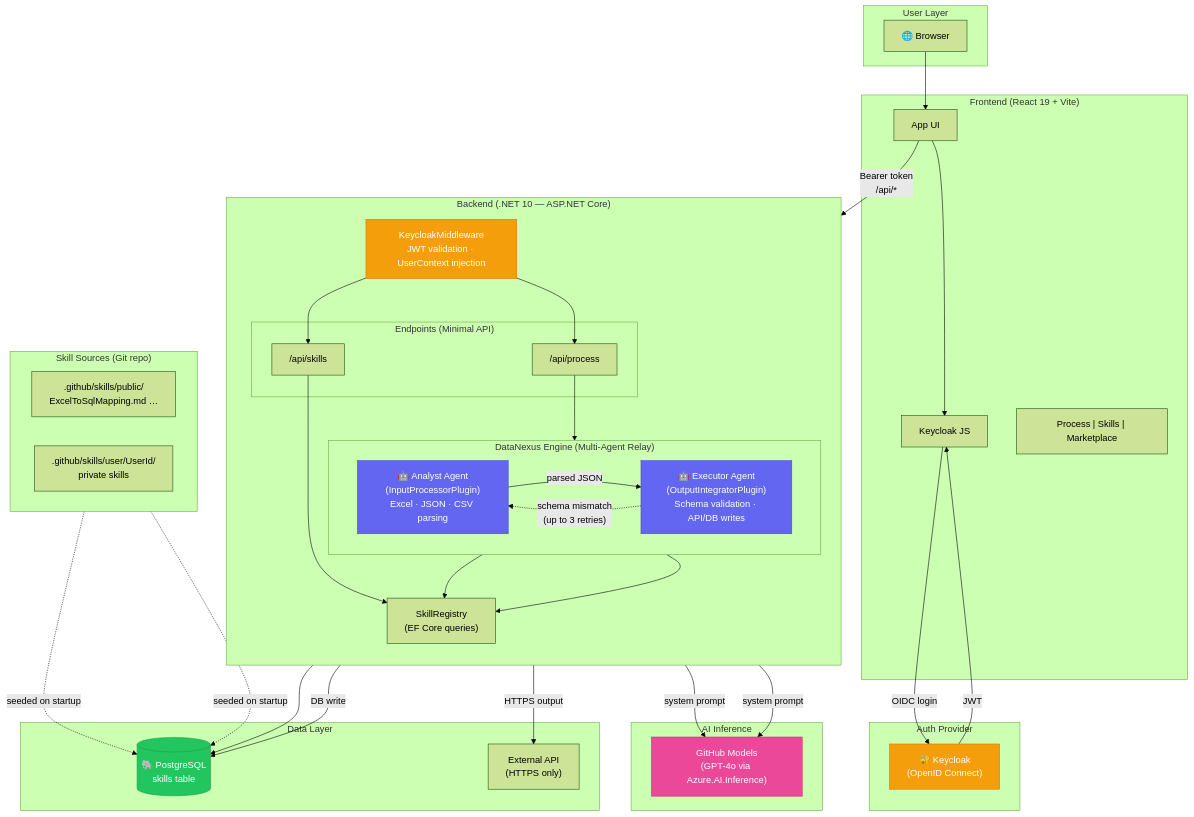
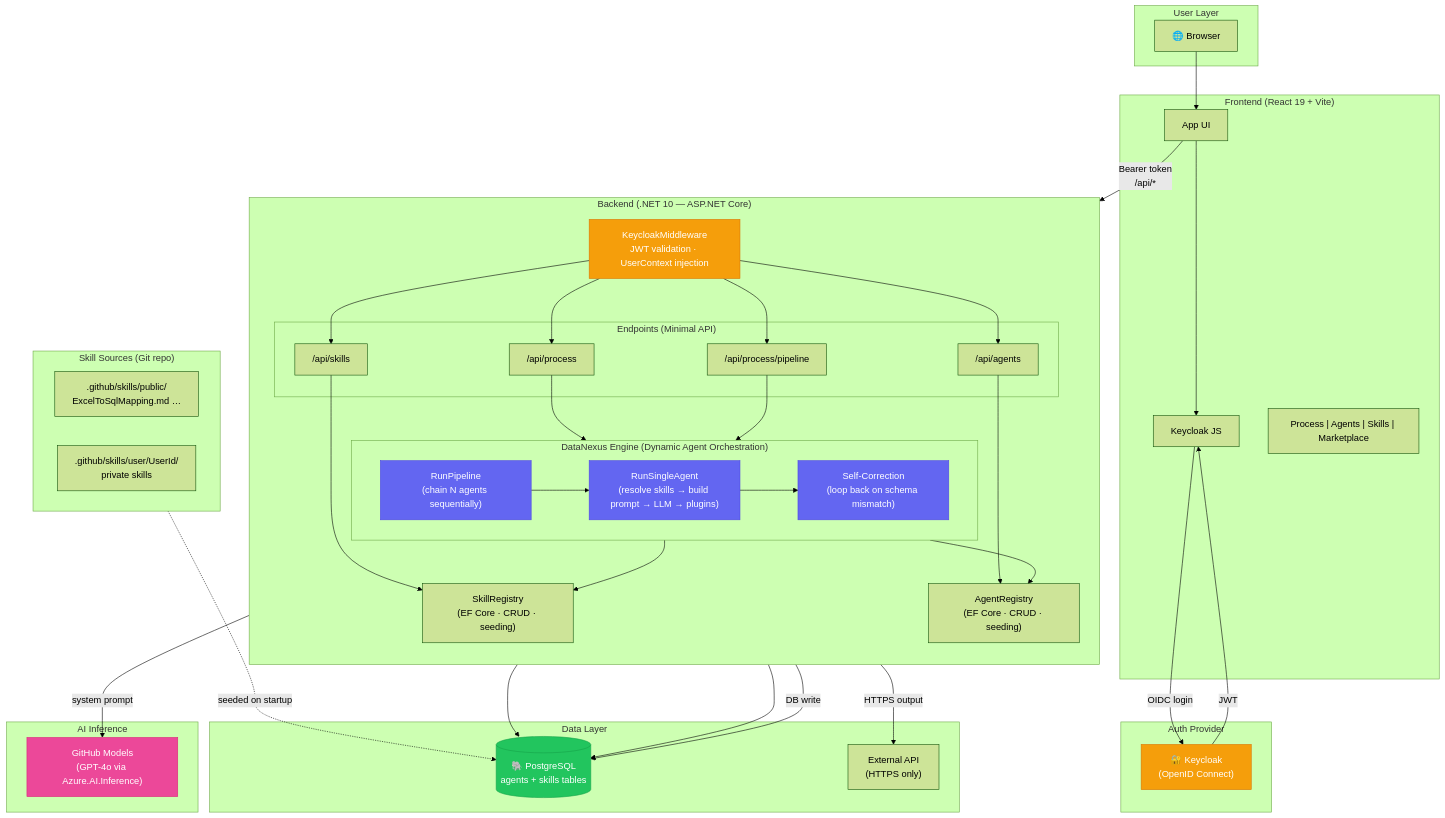
The diagram in .github/copilot-instructions.md (lishuren/DataNexusAgent), drawn with Mermaid (forest theme) before and after one commit. The commit also changed other lines of this file and 41 other files, not shown here.

```diff
--- a/.github/copilot-instructions.md
+++ b/.github/copilot-instructions.md
@@ -24,7 +24,7 @@
     subgraph "Frontend  (React 19 + Vite)"
         UI["App UI"]
         KC_JS["Keycloak JS"]
-        Pages["Process | Skills | Marketplace"]
+        Pages["Process | Agents | Skills | Marketplace"]
     end
 
     subgraph "Auth Provider"
@@ -37,22 +37,26 @@
 
         subgraph "Endpoints (Minimal API)"
             EP_Process["/api/process"]
+            EP_Pipeline["/api/process/pipeline"]
             EP_Skills["/api/skills"]
+            EP_Agents["/api/agents"]
         end
 
-        subgraph "DataNexus Engine  (Multi-Agent Relay)"
+        subgraph "DataNexus Engine  (Dynamic Agent Orchestration)"
             direction LR
-            Analyst["🤖 Analyst Agent\n(InputProcessorPlugin)\nExcel · JSON · CSV parsing"]
-            Executor["🤖 Executor Agent\n(OutputIntegratorPlugin)\nSchema validation · API/DB writes"]
-            Analyst -- "parsed JSON" --> Executor
-            Executor -. "schema mismatch\n(up to 3 retries)" .-> Analyst
+            SingleRun["RunSingleAgent\n(resolve skills → build prompt → LLM → plugins)"]
+            Pipeline["RunPipeline\n(chain N agents sequentially)"]
+            SelfCorrect["Self-Correction\n(loop back on schema mismatch)"]
+            Pipeline --> SingleRun
+            SingleRun --> SelfCorrect
         end
 
-        SR["SkillRegistry\n(EF Core queries)"]
+        AR["AgentRegistry\n(EF Core · CRUD · seeding)"]
+        SR["SkillRegistry\n(EF Core · CRUD · seeding)"]
     end
 
     subgraph "Data Layer"
-        PG[("🐘 PostgreSQL\nskills table")]
+        PG[("🐘 PostgreSQL\nagents + skills tables")]
         ExtAPI["External API\n(HTTPS only)"]
     end
 
@@ -72,24 +76,27 @@
     Keycloak -- "JWT" --> KC_JS
     UI -- "Bearer token\n/api/*" --> MW
     MW --> EP_Process
+    MW --> EP_Pipeline
     MW --> EP_Skills
-    EP_Process --> Analyst
+    MW --> EP_Agents
+    EP_Process --> SingleRun
+    EP_Pipeline --> Pipeline
     EP_Skills --> SR
+    EP_Agents --> AR
     SR --> PG
-    Analyst --> SR
-    Executor --> SR
-    Analyst -- "system prompt" --> GH_Models
-    Executor -- "system prompt" --> GH_Models
-    Executor -- "HTTPS output" --> ExtAPI
-    Executor -- "DB write" --> PG
+    AR --> PG
+    SingleRun --> SR
+    SingleRun --> AR
+    SingleRun -- "system prompt" --> GH_Models
+    SingleRun -- "HTTPS output" --> ExtAPI
+    SingleRun -- "DB write" --> PG
     PubSkills -. "seeded on startup" .-> PG
-    UserSkills -. "seeded on startup" .-> PG
 
     classDef agent fill:#6366f1,color:#fff,stroke:#4f46e5
     classDef db fill:#22c55e,color:#fff,stroke:#16a34a
     classDef auth fill:#f59e0b,color:#fff,stroke:#d97706
     classDef ai fill:#ec4899,color:#fff,stroke:#db2777
-    class Analyst,Executor agent
+    class SingleRun,Pipeline,SelfCorrect agent
     class PG db
     class Keycloak,MW auth
     class GH_Models ai
```
